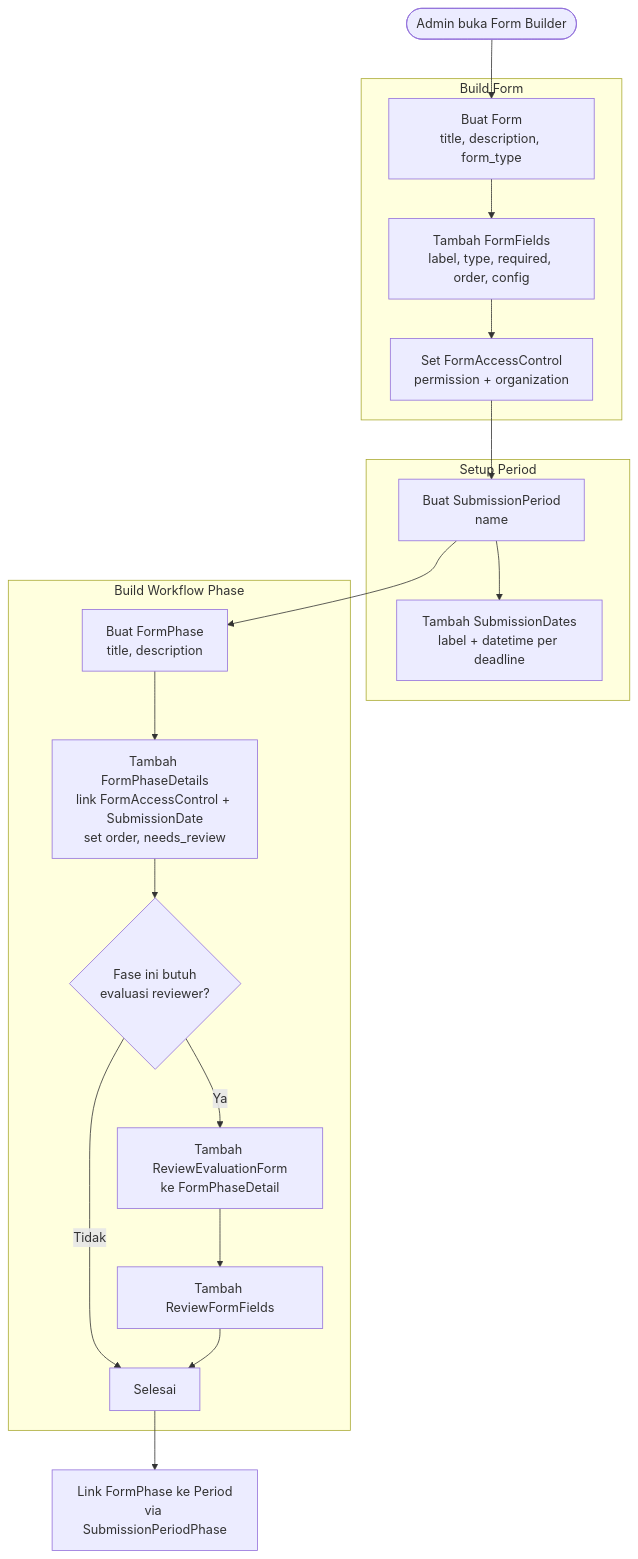
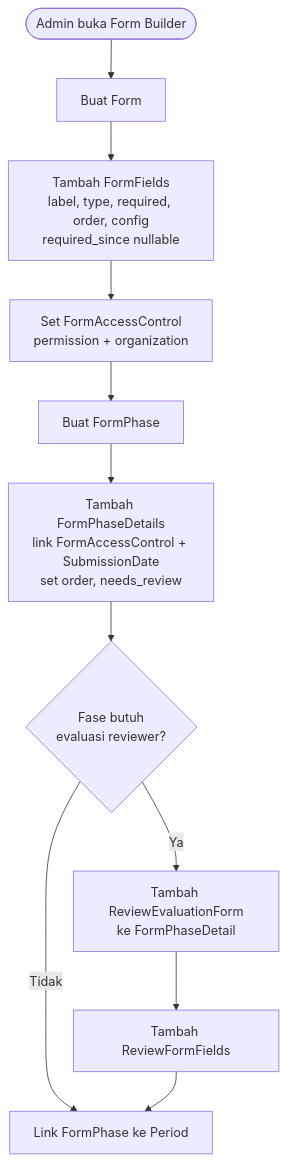
The first of 5 diagrams in docs/requirement-analysis/ddd/generic/01_form_engine.md (nas11ai/sim-kerjasama-itk), drawn with Mermaid before and after one commit. The commit also changed other lines of this file and 12 other files, not shown here.

````diff
--- a/docs/requirement-analysis/ddd/generic/01_form_engine.md
+++ b/docs/requirement-analysis/ddd/generic/01_form_engine.md
@@ -21,28 +19,13 @@
 ```mermaid
 flowchart TD
-    START([Admin buka Form Builder]) --> A
-
-    subgraph BUILD["Build Form"]
-        A[Buat Form<br/>title, description, form_type]
-        A --> B[Tambah FormFields<br/>label, type, required, order, config]
-        B --> C[Set FormAccessControl<br/>permission + organization]
-    end
-
-    subgraph PERIOD["Setup Period"]
-        J[Buat SubmissionPeriod<br/>name]
-        J --> K[Tambah SubmissionDates<br/>label + datetime per deadline]
-    end
-
-    subgraph PHASE["Build Workflow Phase"]
-        D[Buat FormPhase<br/>title, description]
-        D --> E[Tambah FormPhaseDetails<br/>link FormAccessControl + SubmissionDate<br/>set order, needs_review]
-        E --> F{Fase ini butuh<br/>evaluasi reviewer?}
-        F -->|Ya| G[Tambah ReviewEvaluationForm<br/>ke FormPhaseDetail]
-        G --> H[Tambah ReviewFormFields]
-        F -->|Tidak| I[Selesai]
-        H --> I
-    end
-
-    C --> J --> D
-    I --> L[Link FormPhase ke Period<br/>via SubmissionPeriodPhase]
+    START([Admin buka Form Builder]) --> A[Buat Form]
+    A --> B[Tambah FormFields<br/>label, type, required, order, config<br/>required_since nullable]
+    B --> C[Set FormAccessControl<br/>permission + organization]
+    C --> D[Buat FormPhase]
+    D --> E[Tambah FormPhaseDetails<br/>link FormAccessControl + SubmissionDate<br/>set order, needs_review]
+    E --> F{Fase butuh<br/>evaluasi reviewer?}
+    F -->|Ya| G[Tambah ReviewEvaluationForm<br/>ke FormPhaseDetail]
+    G --> H[Tambah ReviewFormFields]
+    F -->|Tidak| I[Link FormPhase ke Period]
+    H --> I
 ```
````
